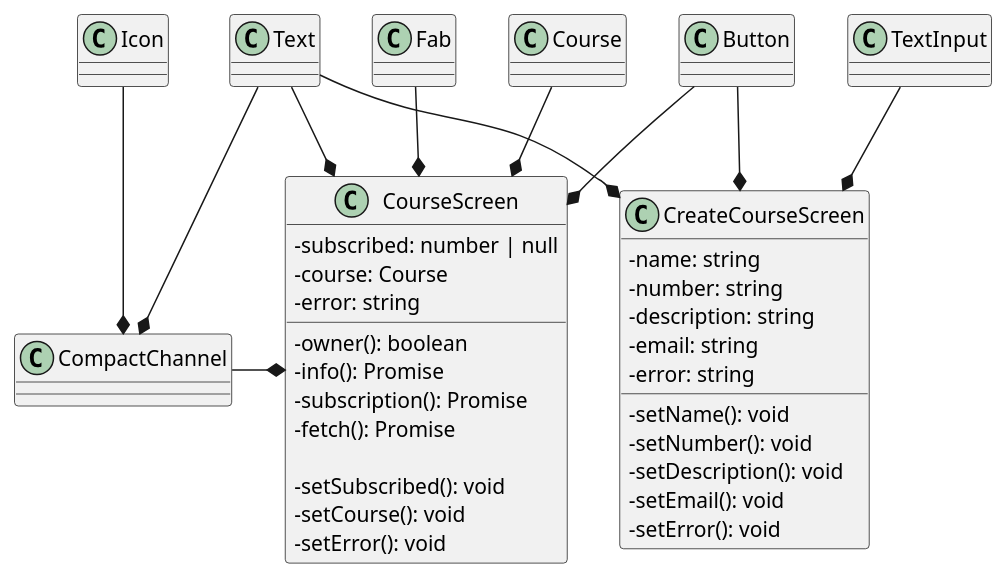
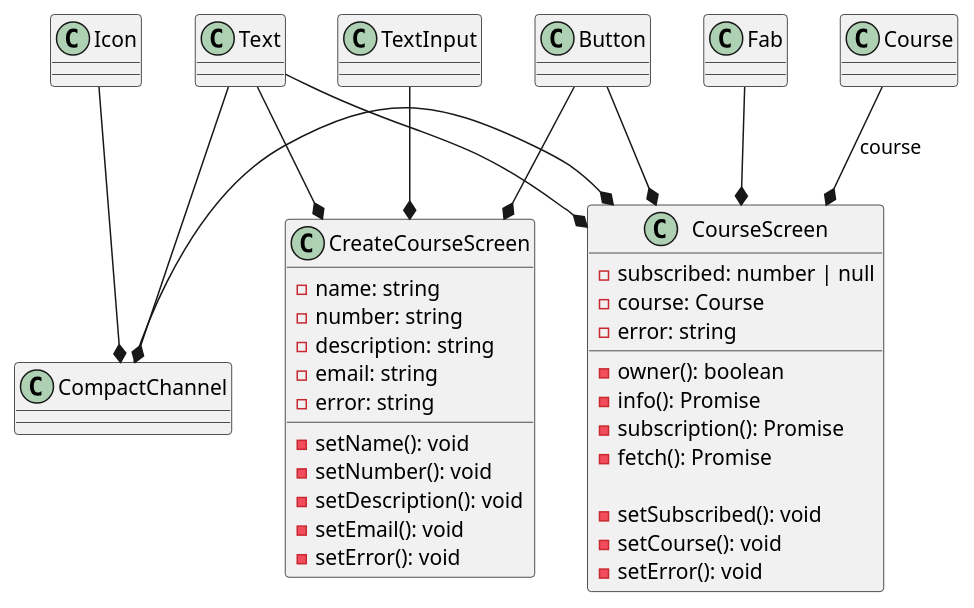
One commit to Singh-Kiran-P/StuNet changed the diagram in Diagrams/Class_Diagrams/Frontend_Diagrams/Course.puml. Above: the diagram before and after it, drawn with PlantUML. The commit also changed 3 other files, not shown here.

Commit message:
Refactor frontend diagrams

```diff
--- a/Diagrams/Class_Diagrams/Frontend_Diagrams/Course.puml
+++ b/Diagrams/Class_Diagrams/Frontend_Diagrams/Course.puml
@@ -1,59 +1,58 @@
 @startuml Course
-skinparam classAttributeIconSize 0
 
 class TextInput
 class Button
 class Fab
 class CompactChannel
 class Text
 class Icon
 
 Text --* CompactChannel
 Icon --* CompactChannel
 
 
 class CreateCourseScreen {
 	-name: string
 	-number: string
 	-description: string
 	-email: string
 	-error: string
 
 	-setName(): void
 	-setNumber(): void
 	-setDescription(): void
 	-setEmail(): void
 	-setError(): void
 }
 
 class Course
 
 class CourseScreen {
 	-subscribed: number | null
 	-course: Course
 	-error: string
 
 	-owner(): boolean
 	-info(): Promise
 	-subscription(): Promise 
 	-fetch(): Promise
 
 	-setSubscribed(): void
 	-setCourse(): void
 	-setError(): void
 }
 
-Course --* CourseScreen
+Course --* CourseScreen: course
 
 Button --* CourseScreen
 Fab --* CourseScreen
 CompactChannel -r-* CourseScreen
 Text --* CourseScreen
 
 TextInput --* CreateCourseScreen
 Button --* CreateCourseScreen
 Text --* CreateCourseScreen
 
 
 
 @enduml
```
